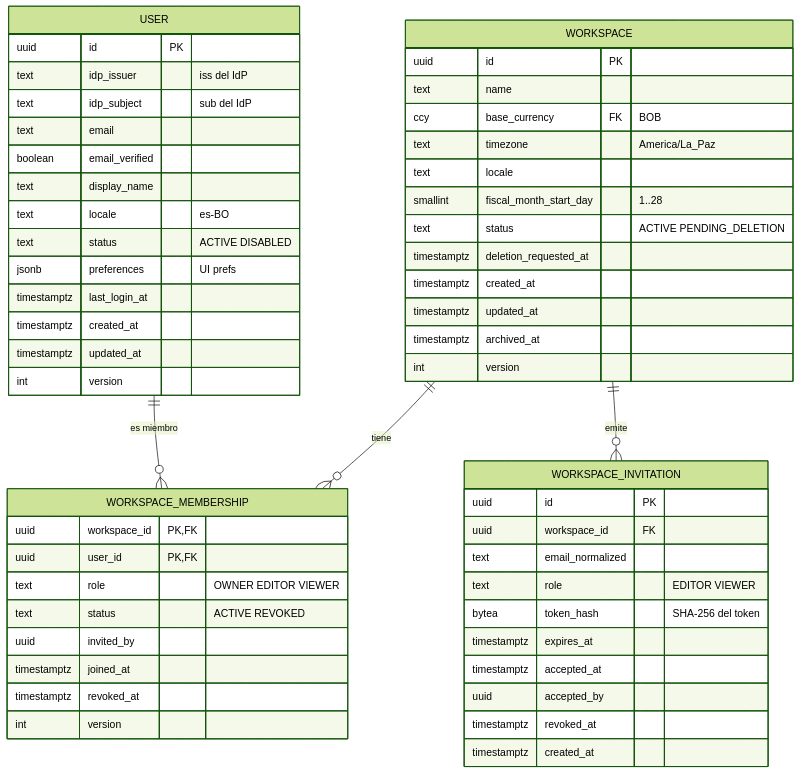
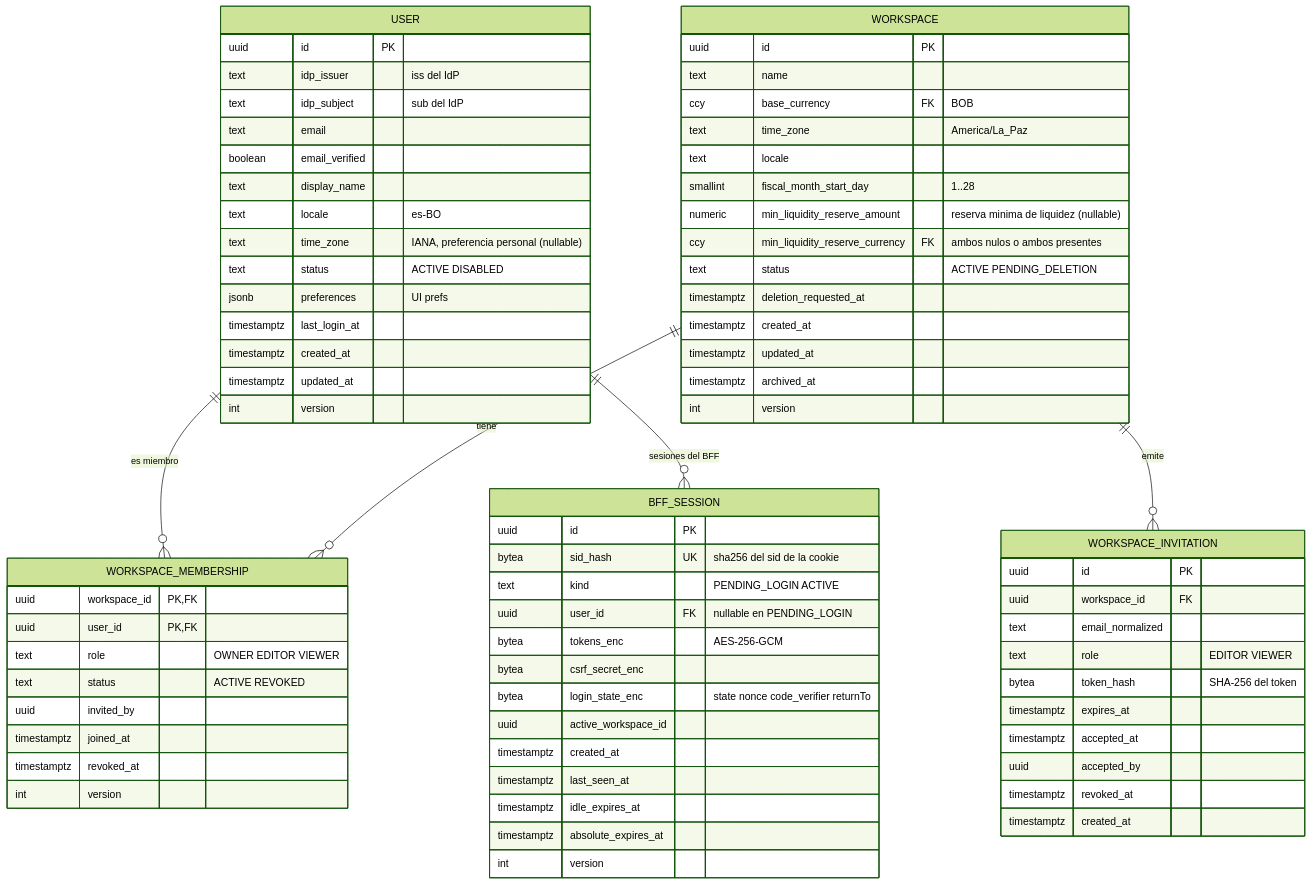
One commit to manuXD270516/personal-finances changed the third of 21 diagrams in docs/08-data-model.md. Above: the diagram before and after it, drawn with Mermaid (forest theme). The commit also changed other lines of this file and 393 other files, not shown here.

````diff
--- a/docs/08-data-model.md
+++ b/docs/08-data-model.md
@@ -191,57 +191,76 @@
 ```mermaid
 erDiagram
   USER ||--o{ WORKSPACE_MEMBERSHIP : "es miembro"
   WORKSPACE ||--o{ WORKSPACE_MEMBERSHIP : "tiene"
   WORKSPACE ||--o{ WORKSPACE_INVITATION : "emite"
+  USER ||--o{ BFF_SESSION : "sesiones del BFF"
   USER {
     uuid id PK
     text idp_issuer "iss del IdP"
     text idp_subject "sub del IdP"
     text email
     boolean email_verified
     text display_name
     text locale "es-BO"
+    text time_zone "IANA, preferencia personal (nullable)"
     text status "ACTIVE DISABLED"
     jsonb preferences "UI prefs"
     timestamptz last_login_at
     timestamptz created_at
     timestamptz updated_at
     int version
   }
   WORKSPACE {
     uuid id PK
     text name
     ccy base_currency FK "BOB"
-    text timezone "America/La_Paz"
+    text time_zone "America/La_Paz"
     text locale
     smallint fiscal_month_start_day "1..28"
+    numeric min_liquidity_reserve_amount "reserva minima de liquidez (nullable)"
+    ccy min_liquidity_reserve_currency FK "ambos nulos o ambos presentes"
     text status "ACTIVE PENDING_DELETION"
     timestamptz deletion_requested_at
     timestamptz created_at
     timestamptz updated_at
     timestamptz archived_at
     int version
   }
   WORKSPACE_MEMBERSHIP {
     uuid workspace_id PK, FK
     uuid user_id PK, FK
     text role "OWNER EDITOR VIEWER"
     text status "ACTIVE REVOKED"
     uuid invited_by
     timestamptz joined_at
     timestamptz revoked_at
     int version
   }
   WORKSPACE_INVITATION {
     uuid id PK
     uuid workspace_id FK
     text email_normalized
     text role "EDITOR VIEWER"
     bytea token_hash "SHA-256 del token"
     timestamptz expires_at
     timestamptz accepted_at
     uuid accepted_by
     timestamptz revoked_at
     timestamptz created_at
   }
+  BFF_SESSION {
+    uuid id PK
+    bytea sid_hash UK "sha256 del sid de la cookie"
+    text kind "PENDING_LOGIN ACTIVE"
+    uuid user_id FK "nullable en PENDING_LOGIN"
+    bytea tokens_enc "AES-256-GCM"
+    bytea csrf_secret_enc
+    bytea login_state_enc "state nonce code_verifier returnTo"
+    uuid active_workspace_id
+    timestamptz created_at
+    timestamptz last_seen_at
+    timestamptz idle_expires_at
+    timestamptz absolute_expires_at
+    int version
+  }
 ```
````
